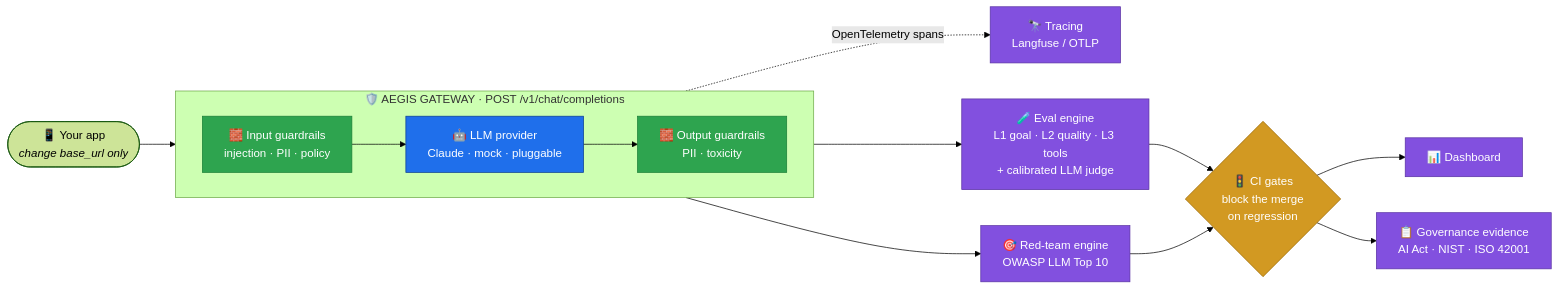
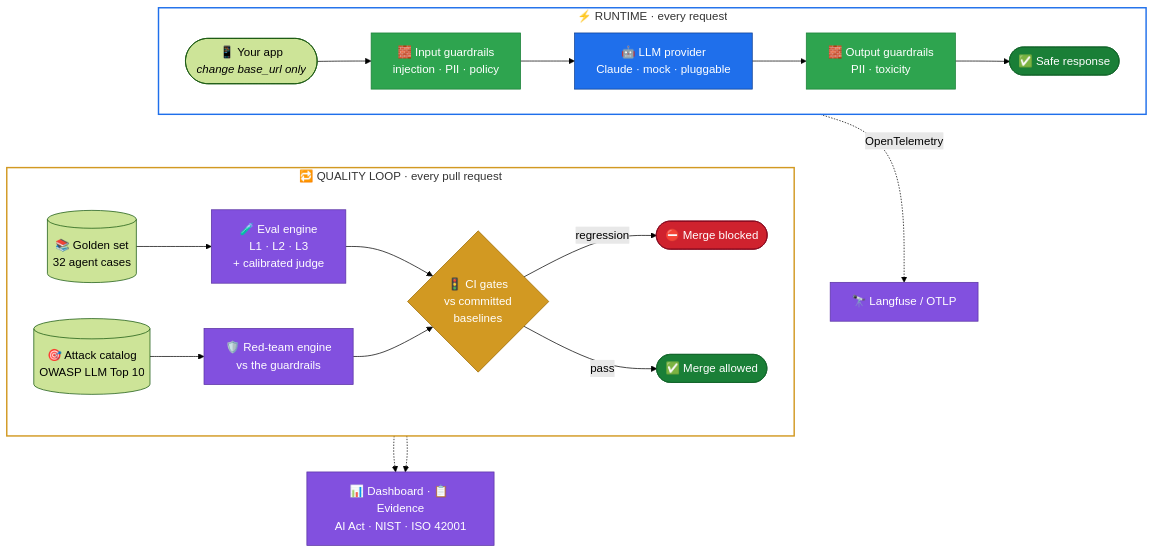
One commit to marcosmatalab/aegis changed the diagram in README.md. Above: the diagram before and after it, drawn with Mermaid (forest theme). The commit also changed other lines of this file and 1 other file, not shown here.

First line of the commit message:
docs: add why-it-exists, a real request walkthrough and design trade-offs to both READMEs

````diff
--- a/README.md
+++ b/README.md
@@ -104,31 +141,40 @@
 ```mermaid
-flowchart LR
-    app(["📱 Your app<br/><i>change base_url only</i>"])
-
-    subgraph gw["🛡️ AEGIS GATEWAY · POST /v1/chat/completions"]
+flowchart TB
+    subgraph run["⚡ RUNTIME · every request"]
         direction LR
-        gin["🧱 Input guardrails<br/>injection · PII · policy"]
-        llm["🤖 LLM provider<br/>Claude · mock · pluggable"]
-        gout["🧱 Output guardrails<br/>PII · toxicity"]
-        gin --> llm --> gout
+        app(["📱 Your app<br/><i>change base_url only</i>"]) --> gin["🧱 Input guardrails<br/>injection · PII · policy"]
+        gin --> llm["🤖 LLM provider<br/>Claude · mock · pluggable"]
+        llm --> gout["🧱 Output guardrails<br/>PII · toxicity"]
+        gout --> resp(["✅ Safe response"])
     end
 
-    app --> gw
-    gw -. "OpenTelemetry spans" .-> otel["🔭 Tracing<br/>Langfuse / OTLP"]
+    subgraph ci["🔁 QUALITY LOOP · every pull request"]
+        direction LR
+        golden[("📚 Golden set<br/>32 agent cases")] --> ev["🧪 Eval engine<br/>L1 · L2 · L3<br/>+ calibrated judge"]
+        catalog[("🎯 Attack catalog<br/>OWASP LLM Top 10")] --> rt["🛡️ Red-team engine<br/>vs the guardrails"]
+        ev --> gate{"🚦 CI gates<br/>vs committed<br/>baselines"}
+        rt --> gate
+        gate -- "regression" --> block(["⛔ Merge blocked"])
+        gate -- "pass" --> ok(["✅ Merge allowed"])
+    end
 
-    gw --> ev["🧪 Eval engine<br/>L1 goal · L2 quality · L3 tools<br/>+ calibrated LLM judge"]
-    gw --> rt["🎯 Red-team engine<br/>OWASP LLM Top 10"]
-    ev --> gate{"🚦 CI gates<br/>block the merge<br/>on regression"}
-    rt --> gate
-    gate --> dash["📊 Dashboard"]
-    gate --> gov["📋 Governance evidence<br/>AI Act · NIST · ISO 42001"]
+    run ~~~ ci
+    ev -.-> reports["📊 Dashboard · 📋 Evidence<br/>AI Act · NIST · ISO 42001"]
+    rt -.-> reports
+    llm -. "OpenTelemetry" .-> otel["🔭 Langfuse / OTLP"]
 
+    classDef guard fill:#2ea44f,stroke:#1a7f37,color:#fff
     classDef core fill:#1f6feb,stroke:#0b3d91,color:#fff
-    classDef guard fill:#2ea44f,stroke:#1a7f37,color:#fff
+    classDef engine fill:#8250df,stroke:#5a32a3,color:#fff
     classDef gate fill:#d29922,stroke:#9a6700,color:#fff
-    classDef out fill:#8250df,stroke:#5a32a3,color:#fff
+    classDef bad fill:#cf222e,stroke:#82071e,color:#fff
+    classDef good fill:#1a7f37,stroke:#116329,color:#fff
+    class gin,gout guard
     class llm core
-    class gin,gout guard
+    class ev,rt,reports,otel engine
     class gate gate
-    class ev,rt,dash,gov,otel out
+    class block bad
+    class ok,resp good
+    style run fill:none,stroke:#1f6feb,stroke-width:2px
+    style ci fill:none,stroke:#d29922,stroke-width:2px
 ```
````
